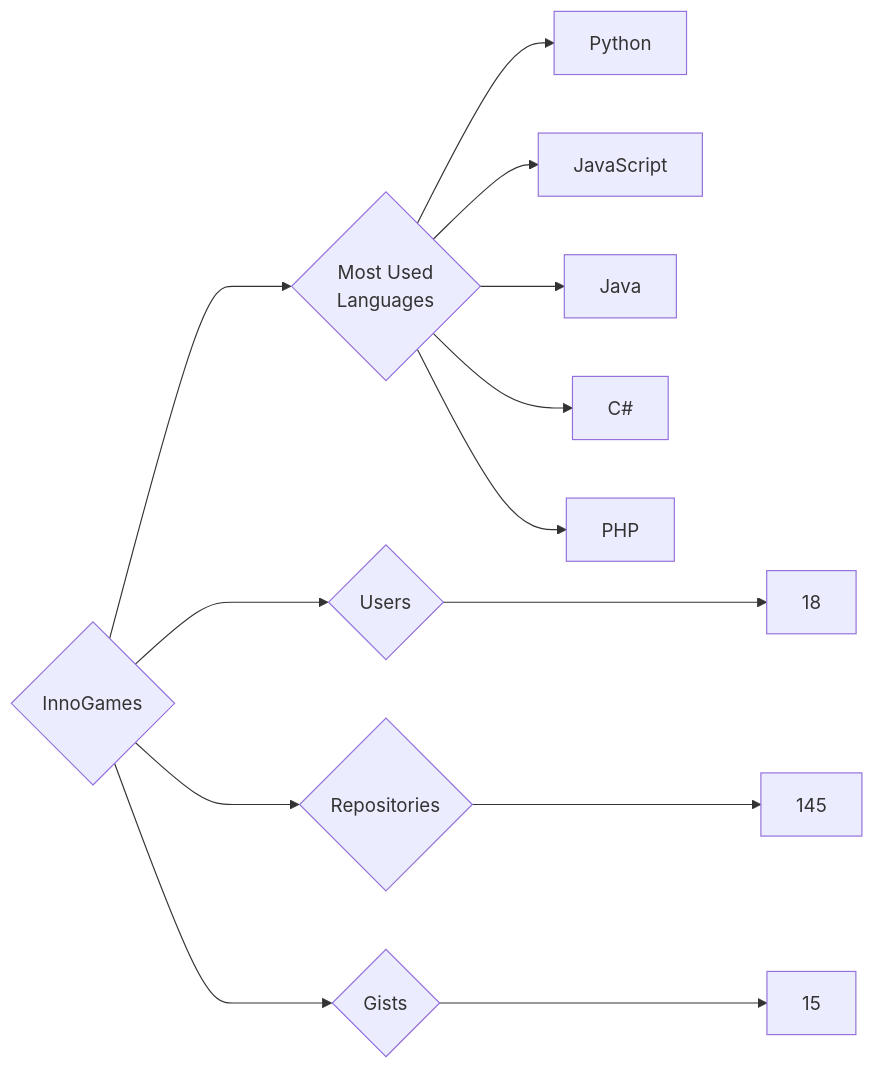
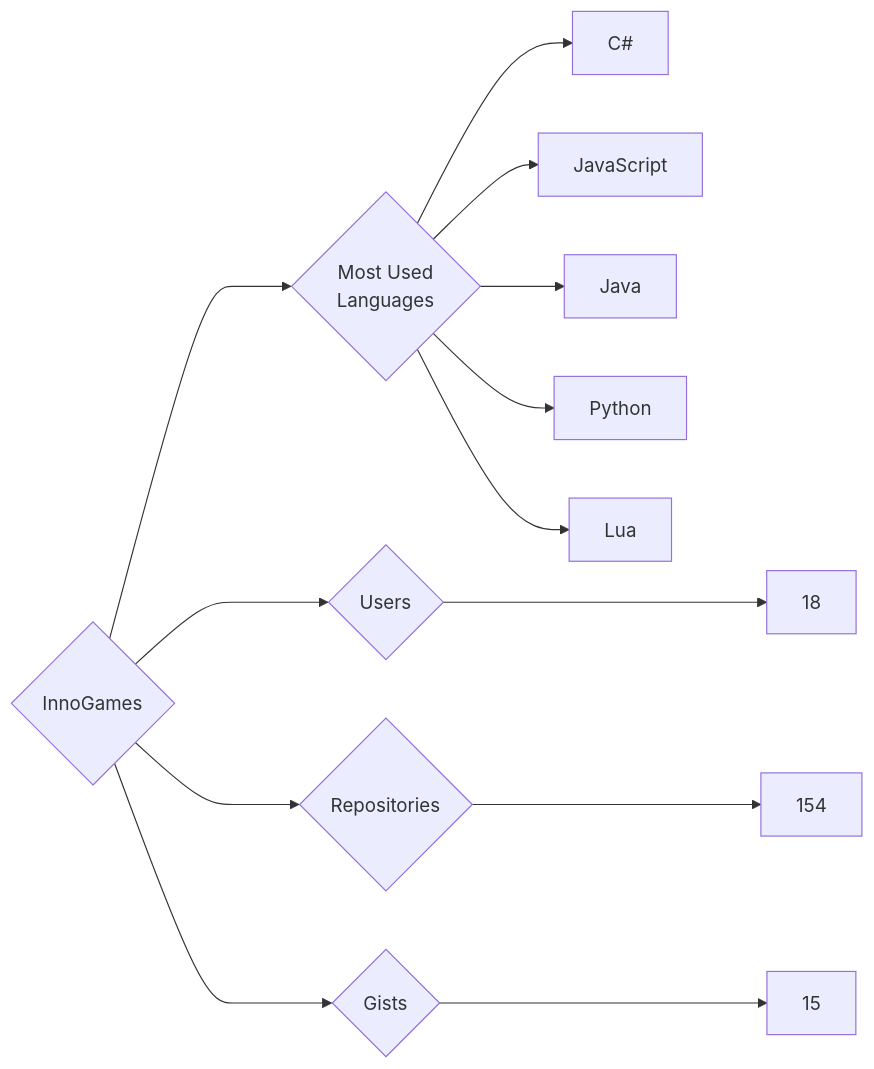
One commit to trickest/insiders changed the diagram in targets/InnoGames/README.md. Above: the diagram before and after it, drawn with Mermaid. The commit also changed 714 other files, not shown here.

````diff
--- a/targets/InnoGames/README.md
+++ b/targets/InnoGames/README.md
@@ -3,13 +3,13 @@
 ```mermaid
 graph LR
 COMPANY_NAME{InnoGames}
 COMPANY_NAME ---> U{Users} ---> UN[18]
-COMPANY_NAME ---> R{Repositories} ---> RN[145]
+COMPANY_NAME ---> R{Repositories} ---> RN[154]
 COMPANY_NAME ---> G{Gists} ---> GN[15]
 COMPANY_NAME ---> ML{Most Used<br>Languages}
-ML --> Python[Python]
+ML --> C#[C#]
 ML --> JavaScript[JavaScript]
 ML --> Java[Java]
-ML --> C#[C#]
-ML --> PHP[PHP]
+ML --> Python[Python]
+ML --> Lua[Lua]
 ```
````
